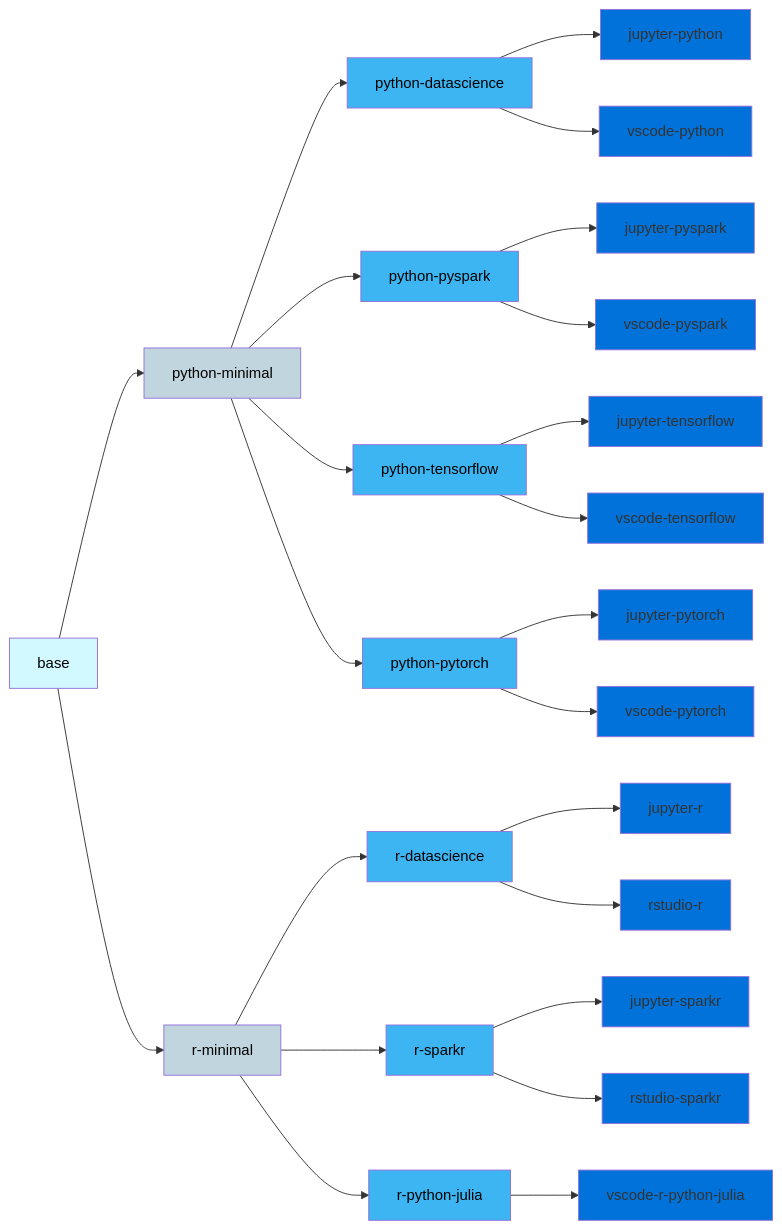
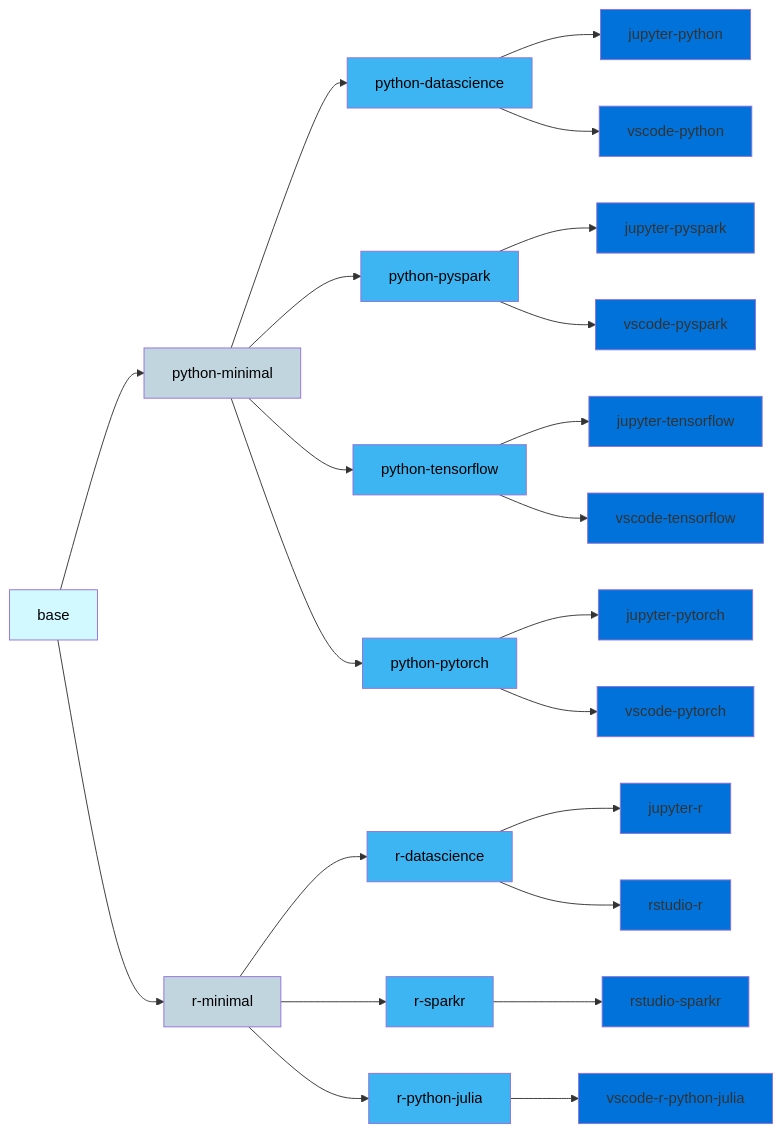
One commit to InseeFrLab/images-datascience changed the first of 2 diagrams in README.md. Above: the diagram before and after it, drawn with Mermaid. The commit also changed other lines of this file, not shown here.

Commit message:
doc: add mermaid graph for GPU

````diff
--- a/README.md
+++ b/README.md
@@ -15,29 +15,28 @@
 ```mermaid
   graph LR;
       B[base]:::base-->PM[python-minimal]:::minimal;
       B-->RM[r-minimal]:::minimal;
       PM-->PYDS[python-datascience]:::package;
       PM-->PYSPARK[python-pyspark]:::package;
       PM-->PYTENSORFLOW[python-tensorflow]:::package;
       PM-->PYTORCH[python-pytorch]:::package;
       RM-->RDS[r-datascience]:::package;
       RM-->RSPARK[r-sparkr]:::package;
       RM-->RPYJU[r-python-julia]:::package;
       PYSPARK--> JPYSPARK[jupyter-pyspark]:::ide;
       PYDS--> JPYDS[jupyter-python]:::ide;
       PYTENSORFLOW--> JPYTENSORFLOW[jupyter-tensorflow]:::ide;
       PYTORCH--> JPYTORCH[jupyter-pytorch]:::ide;
       PYSPARK--> VSCODEPYSPARK[vscode-pyspark]:::ide;
       PYDS--> VSCODEPYDS[vscode-python]:::ide;
       PYTENSORFLOW--> VSCODEPYTENSORFLOW[vscode-tensorflow]:::ide;
       PYTORCH--> VSCODEPYTORCH[vscode-pytorch]:::ide;
-      RSPARK -->JSPARKR[jupyter-sparkr]:::ide;
       RDS--> JRDS[jupyter-r]:::ide;
       RSPARK -->RSTUDIOSPARKR[rstudio-sparkr]:::ide;
       RDS--> RSTUDIORDS[rstudio-r]:::ide;
       RPYJU--> VSCODERPYJU[vscode-r-python-julia]:::ide;
       classDef base fill:#d2f9ff,color:#000  ;
       classDef minimal fill:#C1D5DF,color:#000;
       classDef package fill:#3cb5f2 ,color:#000  ;
       classDef ide fill:#0072d9  ;
 ```
````
